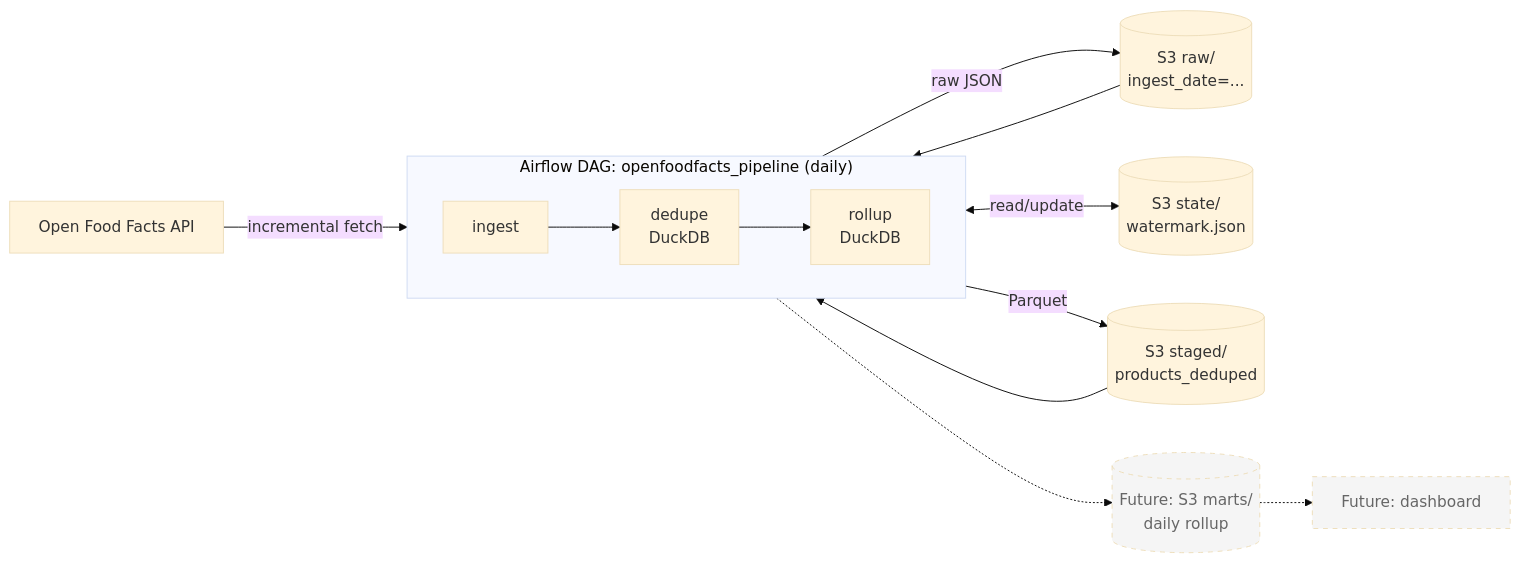
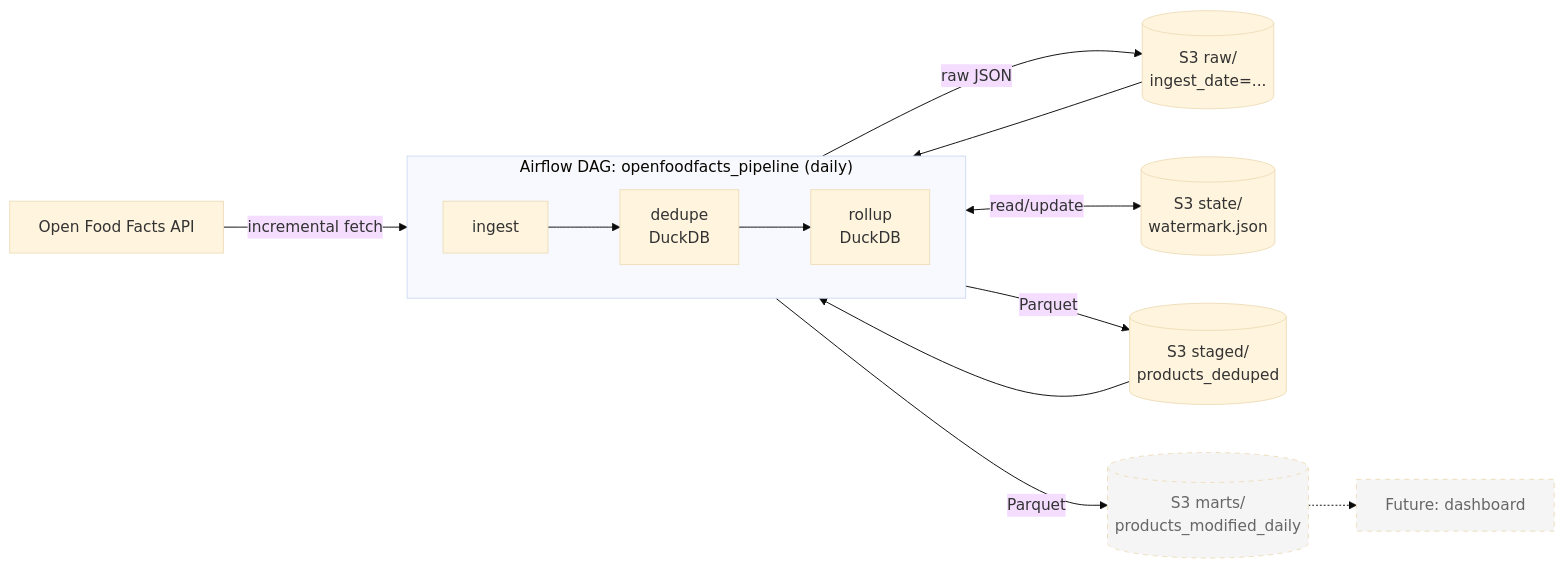
Before and after one commit to lemuelhmgs12/openfoodfacts-data-pipeline: the diagram in README.md, drawn with Mermaid (base theme). The commit also changed other lines of this file and 1 other file, not shown here.

Commit message:
Update docs for marts layer

````diff
--- a/README.md
+++ b/README.md
@@ -21,21 +21,21 @@
 ```mermaid
 flowchart LR
     A[Open Food Facts API]
 
     subgraph AF["Airflow DAG: openfoodfacts_pipeline (daily)"]
         direction LR
         B[ingest] --> E[dedupe<br/>DuckDB] --> G[rollup<br/>DuckDB]
     end
 
     A -->|incremental fetch| B
     B -->|raw JSON| C[(S3 raw/<br/>ingest_date=...)]
     B <-->|read/update| D[(S3 state/<br/>watermark.json)]
     C --> E
     E -->|Parquet| F[(S3 staged/<br/>products_deduped)]
     F --> G
-    G -.-> H[(Future: S3 marts/<br/>daily rollup)]
+    G -->|Parquet| H[(S3 marts/<br/>products_modified_daily)]
     H -.-> I[Future: dashboard]
 
     classDef future stroke-dasharray: 5 5,fill:#f5f5f5,color:#666
     class H,I future
 ```
````
